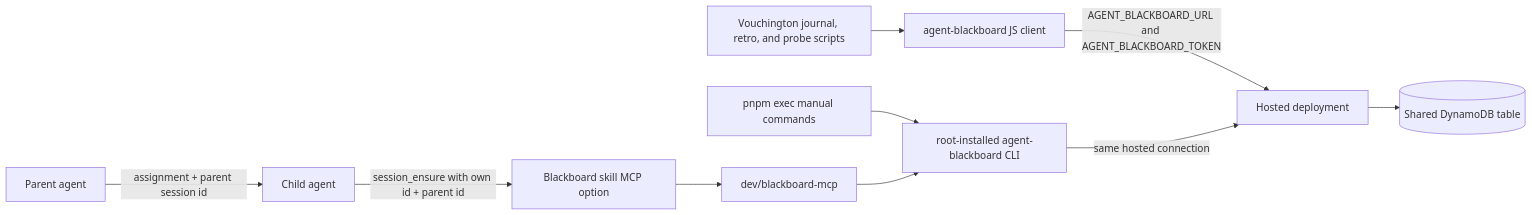
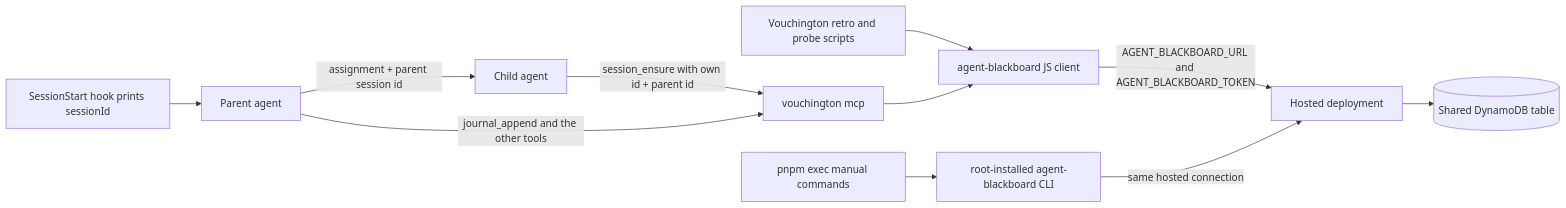
One commit to vouchington/vouchington changed the diagram in docs/development/agent-blackboard.md. Above: the diagram before and after it, drawn with Mermaid. The commit also changed other lines of this file and 12 other files, not shown here.

First line of the commit message:
docs(agents): document the vouchington-tooling MCP server

````diff
--- a/docs/development/agent-blackboard.md
+++ b/docs/development/agent-blackboard.md
@@ -26,12 +29,13 @@
 ```mermaid
 flowchart LR
   parent[Parent agent] -->|assignment + parent session id| child[Child agent]
-  child -->|session_ensure with own id + parent id| journalMcp
-  scripts[Vouchington journal, retro, and probe scripts] --> js[agent-blackboard JS client]
-  journalMcp[Blackboard skill MCP option] --> mcp[dev/blackboard-mcp]
+  child -->|session_ensure with own id + parent id| mcp
+  hook[SessionStart hook prints sessionId] --> parent
+  parent -->|journal_append and the other tools| mcp[vouchington mcp]
+  scripts[Vouchington retro and probe scripts] --> js[agent-blackboard JS client]
   manual[pnpm exec manual commands] --> cli[root-installed agent-blackboard CLI]
-  mcp --> cli
+  mcp --> js
   js -->|AGENT_BLACKBOARD_URL and AGENT_BLACKBOARD_TOKEN| lambda[Hosted deployment]
   cli -->|same hosted connection| lambda
   lambda --> table[(Shared DynamoDB table)]
 ```
````
